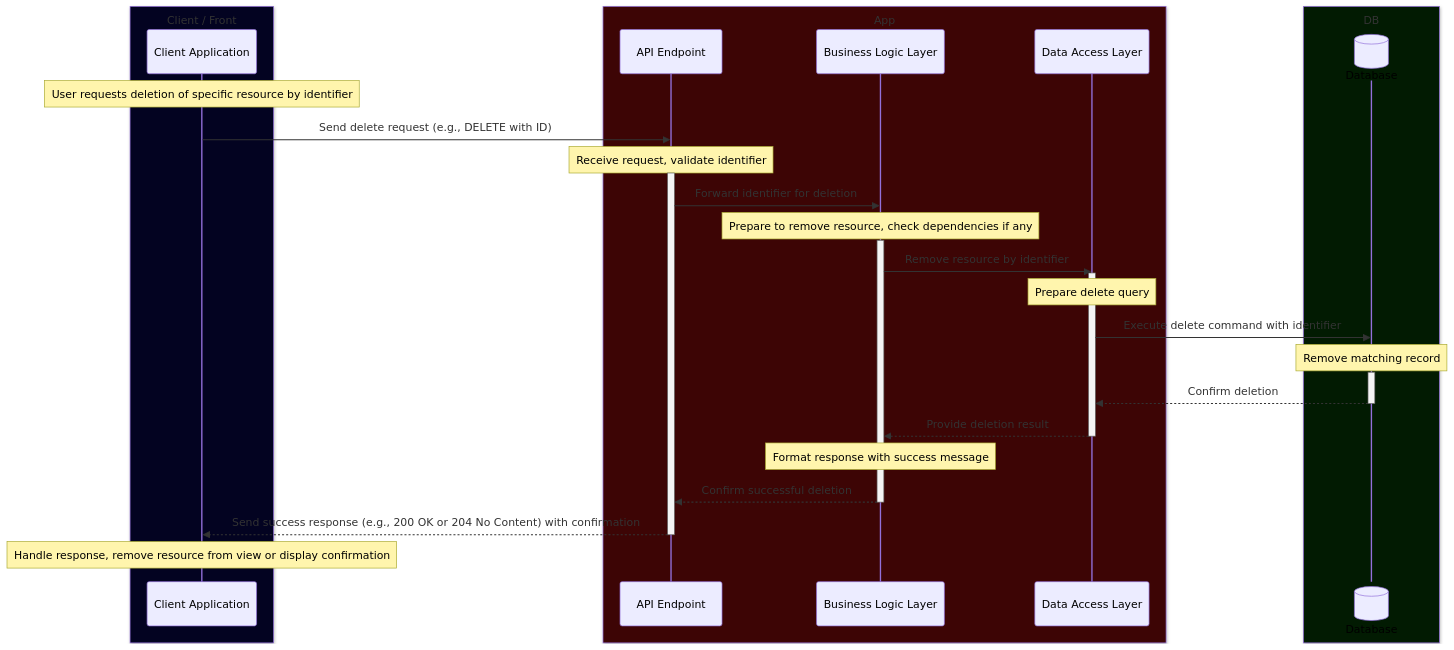
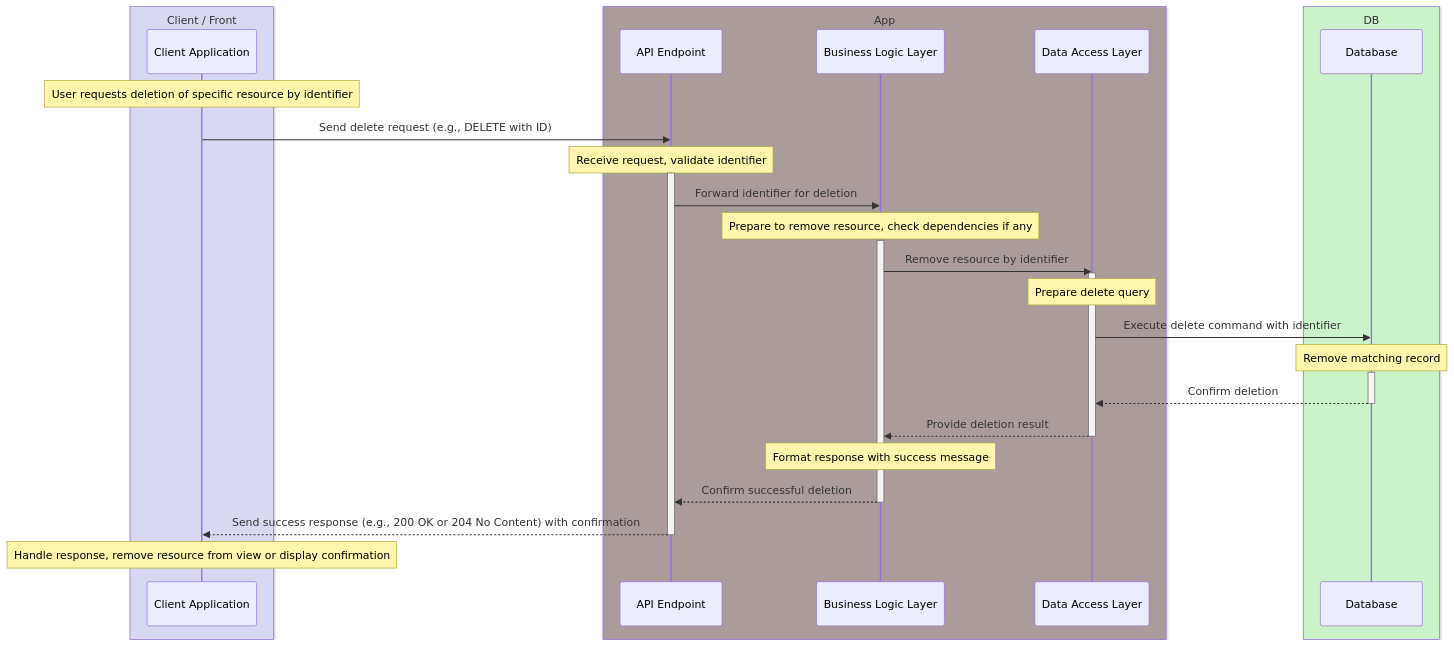
One commit to alirezazamanidev/book-crud changed the diagram in docs/delete-one.md. Above: the diagram before and after it, drawn with Mermaid. The commit also changed 6 other files, not shown here.

Commit message:
feat: change color boxes in diagram

````diff
--- a/docs/delete-one.md
+++ b/docs/delete-one.md
@@ -3,38 +3,39 @@
 ```mermaid
 sequenceDiagram
-    box rgb(3, 3, 33) Client / Front
+   box rgb(216, 216, 242) Client / Front
     participant Client as Client Application
     end
-    box rgb(61, 5, 5) App
+    box rgb(171, 156, 156) App
     participant API as API Endpoint
     participant Logic as Business Logic Layer
     participant DataAccess as Data Access Layer
     end
-    box rgb(2, 27, 2) DB
-    participant Database@{"type":"database"}
+    box rgb(202, 243, 202) DB
+    participant Database
     end
+
     Note over Client: User requests deletion of specific resource by identifier
     Client->>API: Send delete request (e.g., DELETE with ID)
     Note over API: Receive request, validate identifier
     activate API
     API->>Logic: Forward identifier for deletion
     Note over Logic: Prepare to remove resource, check dependencies if any
     activate Logic
     Logic->>DataAccess: Remove resource by identifier
     activate DataAccess
     Note over DataAccess: Prepare delete query
     DataAccess->>Database: Execute delete command with identifier
     Note over Database: Remove matching record
     activate Database
     Database-->>DataAccess: Confirm deletion
     deactivate Database
     DataAccess-->>Logic: Provide deletion result
     deactivate DataAccess
     Note over Logic: Format response with success message
     Logic-->>API: Confirm successful deletion
     deactivate Logic
     API-->>Client: Send success response (e.g., 200 OK or 204 No Content) with confirmation
     deactivate API
     Note over Client: Handle response, remove resource from view or display confirmation
 
 ```
````
